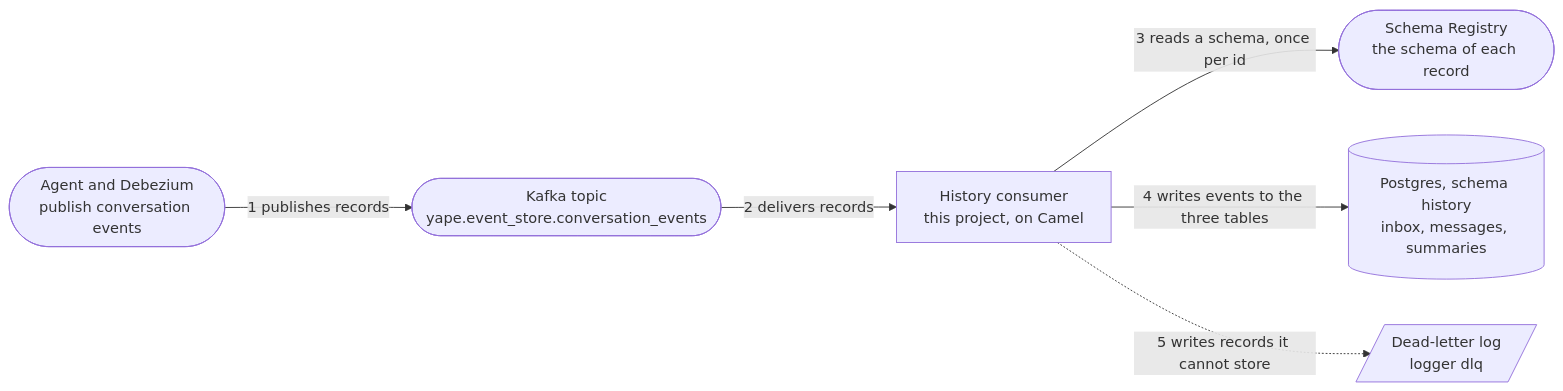
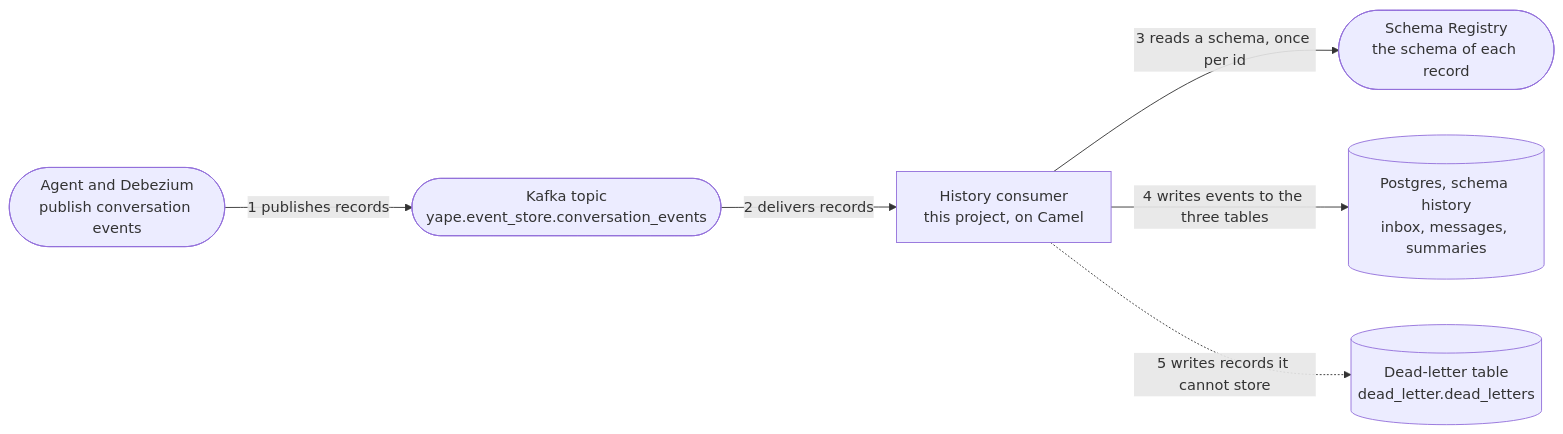
One commit to m-almeida-p/ms-ml-conv-history-consumer changed the first of 5 diagrams in docs/design.md. Above: the diagram before and after it, drawn with Mermaid. The commit also changed other lines of this file and 18 other files, not shown here.

First line of the commit message:
Dead letters go to the shared table dead_letter.dead_letters, the log keeps one line without the record

````diff
--- a/docs/design.md
+++ b/docs/design.md
@@ -37,15 +38,15 @@
 ```mermaid
 flowchart LR
     producer(["Agent and Debezium<br/>publish conversation events"])
     topic(["Kafka topic<br/>yape.event_store.conversation_events"])
     consumer["History consumer<br/>this project, on Camel"]
     registry(["Schema Registry<br/>the schema of each record"])
     db[("Postgres, schema history<br/>inbox, messages, summaries")]
-    dlq[/"Dead-letter log<br/>logger dlq"/]
+    dlq[("Dead-letter table<br/>dead_letter.dead_letters")]
 
     producer -- "1 publishes records" --> topic
     topic -- "2 delivers records" --> consumer
     consumer -- "3 reads a schema, once per id" --> registry
     consumer -- "4 writes events to the three tables" --> db
     consumer -. "5 writes records it cannot store" .-> dlq
 ```
````
